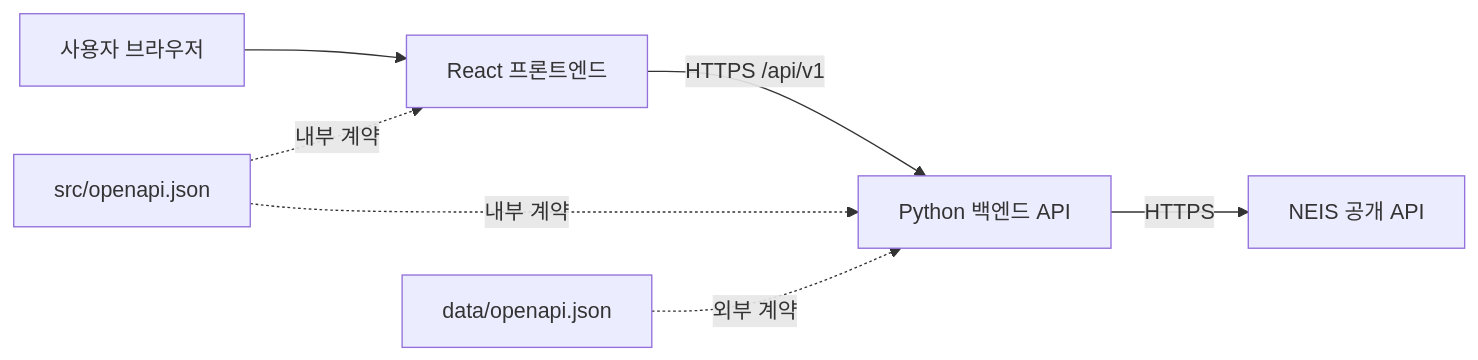
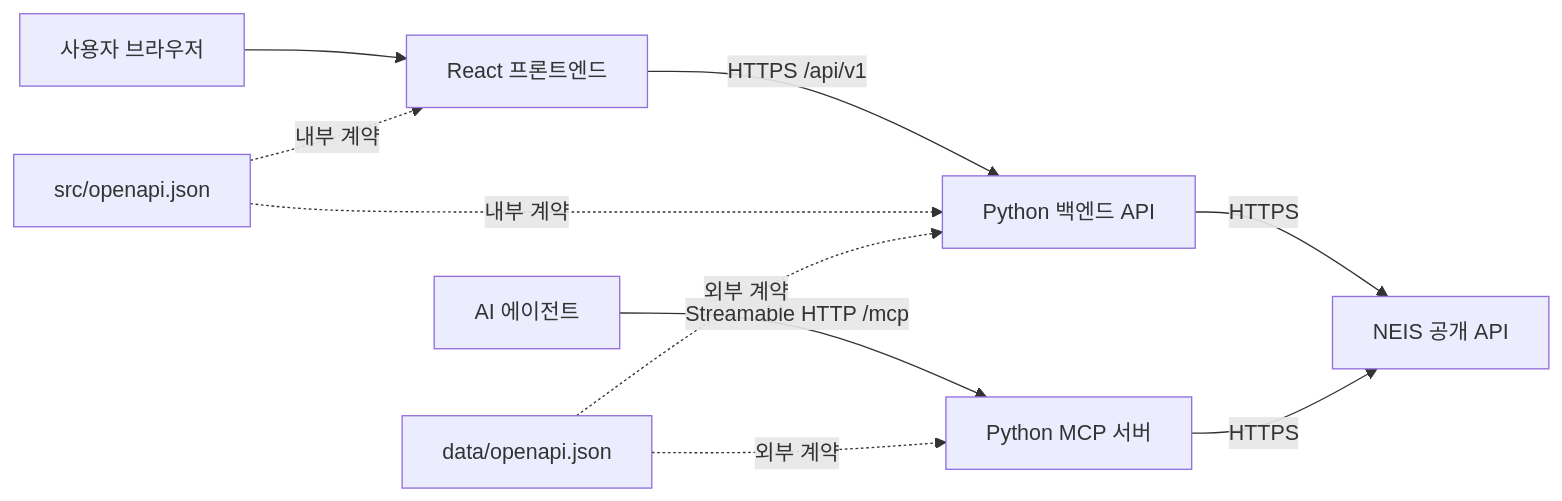
The diagram in TRD.md (duc-ke/bsl-pyconkr), drawn with Mermaid before and after one commit. The commit also changed other lines of this file and 21 other files, not shown here.

````diff
--- a/TRD.md
+++ b/TRD.md
@@ -59,16 +62,21 @@
 ```mermaid
 flowchart LR
     U[사용자 브라우저]
     F[React 프론트엔드]
     B[Python 백엔드 API]
+    M[Python MCP 서버]
+    A[AI 에이전트]
     N[NEIS 공개 API]
     C[src/openapi.json]
     E[data/openapi.json]
 
     U --> F
     F -->|HTTPS /api/v1| B
+    A -->|Streamable HTTP /mcp| M
     B -->|HTTPS| N
+    M -->|HTTPS| N
     C -. 내부 계약 .-> F
     C -. 내부 계약 .-> B
     E -. 외부 계약 .-> B
+    E -. 외부 계약 .-> M
 ```
````
